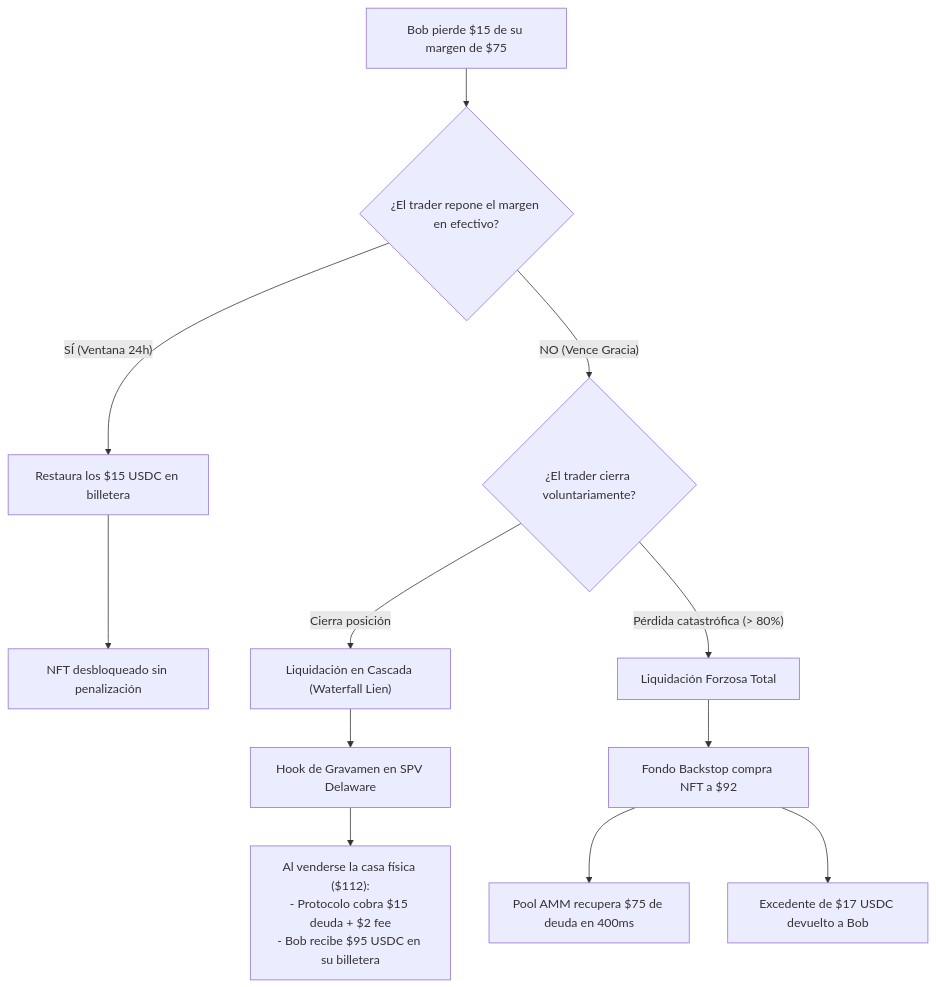
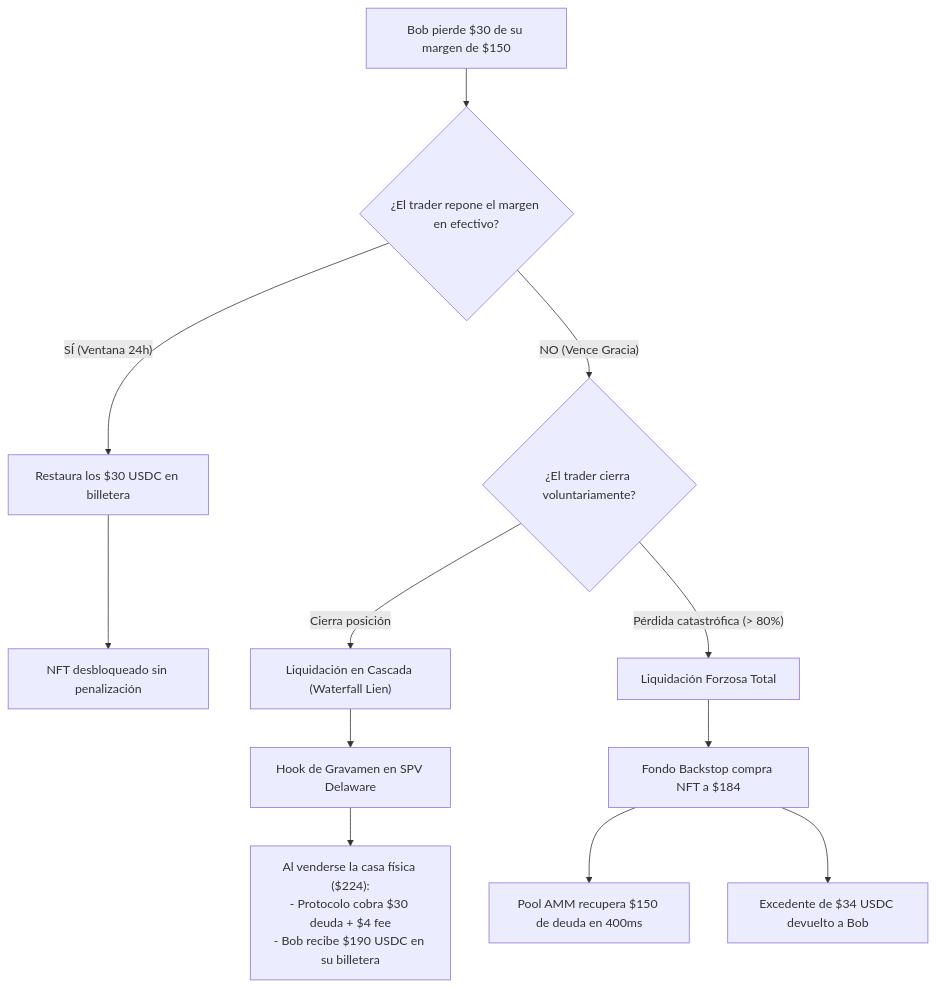
The second of 3 diagrams in BRIDS-Brain/01 Negocio/02 Producto & Ingenieria/rfcs-tecnicos/epic-015-rwa-yield-bearing-margin-collateral.md (jeisonsosablockdev/BRIDS-KNOWLEDGE-FORT), drawn with Mermaid before and after one commit. The commit also changed other lines of this file and 16 other files, not shown here.

First line of the commit message:
feat(vault): update NFT fraction price to $200 USD and transaction fee to $4 USD

````diff
--- a/BRIDS-Brain/01 Negocio/02 Producto & Ingenieria/rfcs-tecnicos/epic-015-rwa-yield-bearing-margin-collateral.md
+++ b/BRIDS-Brain/01 Negocio/02 Producto & Ingenieria/rfcs-tecnicos/epic-015-rwa-yield-bearing-margin-collateral.md
@@ -110,18 +111,18 @@
 ```mermaid
 flowchart TD
-    TradeLoss["Bob pierde $15 de su margen de $75"] --> Check{"¿El trader repone el margen en efectivo?"}
+    TradeLoss["Bob pierde $30 de su margen de $150"] --> Check{"¿El trader repone el margen en efectivo?"}
     
-    Check -- "SÍ (Ventana 24h)" --> Restitution["Restaura los $15 USDC en billetera"]
+    Check -- "SÍ (Ventana 24h)" --> Restitution["Restaura los $30 USDC en billetera"]
     Restitution --> NFTFree["NFT desbloqueado sin penalización"]
     
     Check -- "NO (Vence Gracia)" --> Route{"¿El trader cierra voluntariamente?"}
     
     Route -- "Cierra posición" --> Waterfall["Liquidación en Cascada (Waterfall Lien)"]
     Waterfall --> Hook["Hook de Gravamen en SPV Delaware"]
-    Hook --> Settlement["Al venderse la casa física ($112):<br/>- Protocolo cobra $15 deuda + $2 fee<br/>- Bob recibe $95 USDC en su billetera"]
+    Hook --> Settlement["Al venderse la casa física ($224):<br/>- Protocolo cobra $30 deuda + $4 fee<br/>- Bob recibe $190 USDC en su billetera"]
     
     Route -- "Pérdida catastrófica (> 80%)" --> ForcedConfiscation["Liquidación Forzosa Total"]
-    ForcedConfiscation --> Backstop["Fondo Backstop compra NFT a $92"]
-    Backstop --> PoolRefund["Pool AMM recupera $75 de deuda en 400ms"]
-    Backstop --> ExcessRefund["Excedente de $17 USDC devuelto a Bob"]
+    ForcedConfiscation --> Backstop["Fondo Backstop compra NFT a $184"]
+    Backstop --> PoolRefund["Pool AMM recupera $150 de deuda en 400ms"]
+    Backstop --> ExcessRefund["Excedente de $34 USDC devuelto a Bob"]
 ```
````
